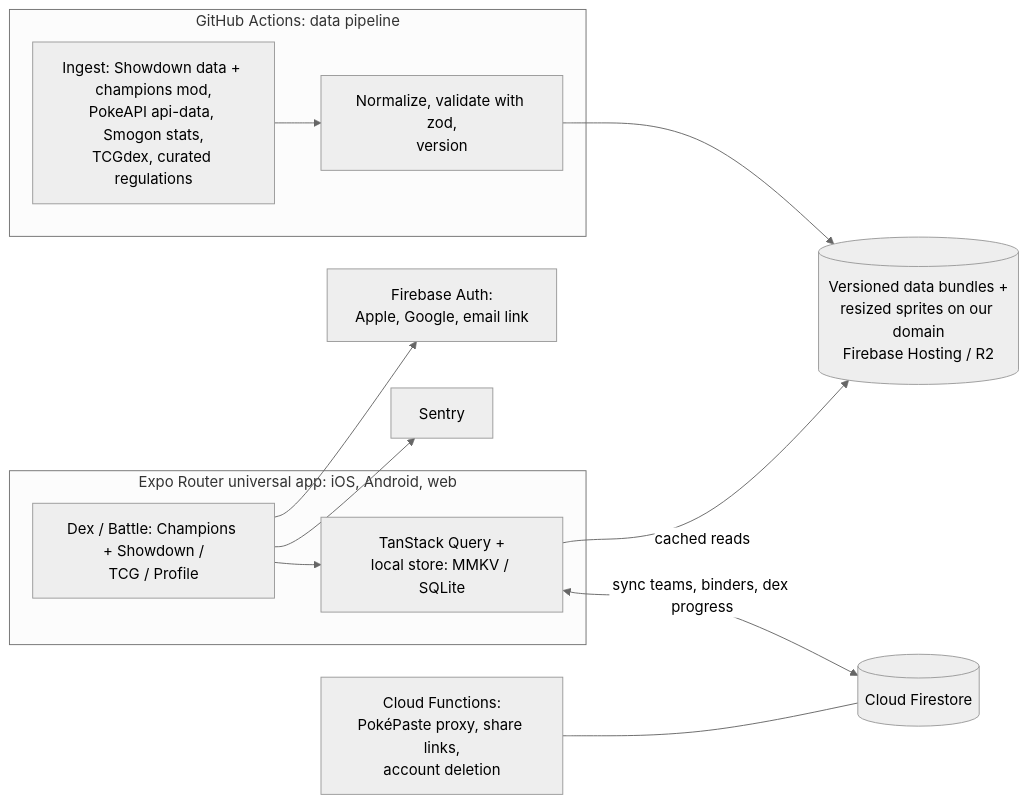
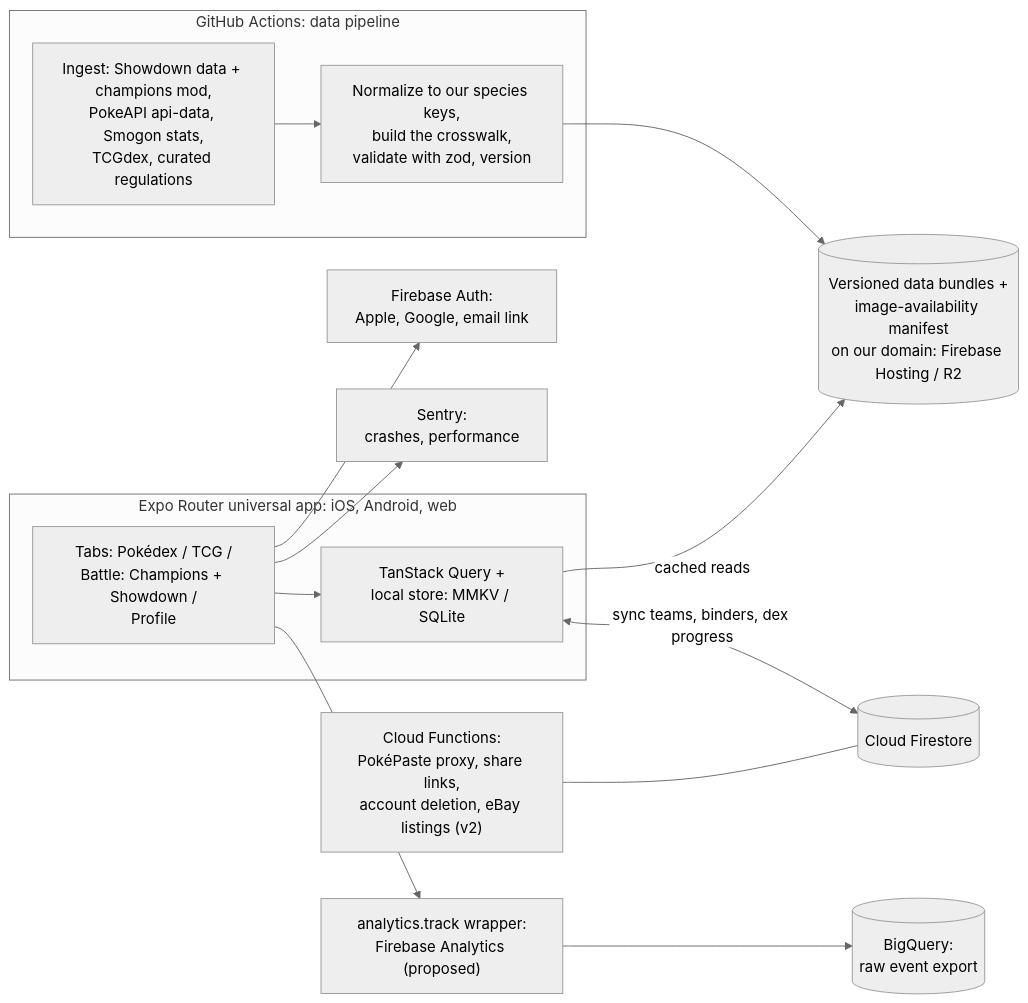
The third of 5 diagrams in docs/architecture/overview.md (edmundtrinh/PokeVerse), drawn with Mermaid (neutral theme) before and after one commit. The commit also changed other lines of this file and 6 other files, not shown here.

Commit message:
Apply tab, binder, species key, and analytics decisions

````diff
--- a/docs/architecture/overview.md
+++ b/docs/architecture/overview.md
@@ -194,15 +194,17 @@
 ```mermaid
 flowchart LR
   subgraph CI["GitHub Actions: data pipeline"]
-    ING["Ingest: Showdown data + champions mod,<br/>PokeAPI api-data, Smogon stats,<br/>TCGdex, curated regulations"] --> BLD["Normalize, validate with zod,<br/>version"]
+    ING["Ingest: Showdown data + champions mod,<br/>PokeAPI api-data, Smogon stats,<br/>TCGdex, curated regulations"] --> BLD["Normalize to our species keys,<br/>build the crosswalk,<br/>validate with zod, version"]
   end
-  BLD --> CDN[("Versioned data bundles +<br/>resized sprites on our domain<br/>Firebase Hosting / R2")]
+  BLD --> CDN[("Versioned data bundles +<br/>image-availability manifest<br/>on our domain: Firebase Hosting / R2")]
   subgraph APP["Expo Router universal app: iOS, Android, web"]
-    UI["Dex / Battle: Champions + Showdown /<br/>TCG / Profile"] --> ST["TanStack Query +<br/>local store: MMKV / SQLite"]
+    UI["Tabs: Pokédex / TCG /<br/>Battle: Champions + Showdown /<br/>Profile"] --> ST["TanStack Query +<br/>local store: MMKV / SQLite"]
   end
   ST -->|cached reads| CDN
   ST <-->|"sync teams, binders, dex progress"| FS[("Cloud Firestore")]
   UI --> AU["Firebase Auth:<br/>Apple, Google, email link"]
-  UI --> OB["Sentry"]
-  FN["Cloud Functions:<br/>PokéPaste proxy, share links,<br/>account deletion"] --- FS
+  UI --> OB["Sentry:<br/>crashes, performance"]
+  UI --> AN["analytics.track wrapper:<br/>Firebase Analytics (proposed)"]
+  AN --> BQ[("BigQuery:<br/>raw event export")]
+  FN["Cloud Functions:<br/>PokéPaste proxy, share links,<br/>account deletion, eBay listings (v2)"] --- FS
 ```
````
